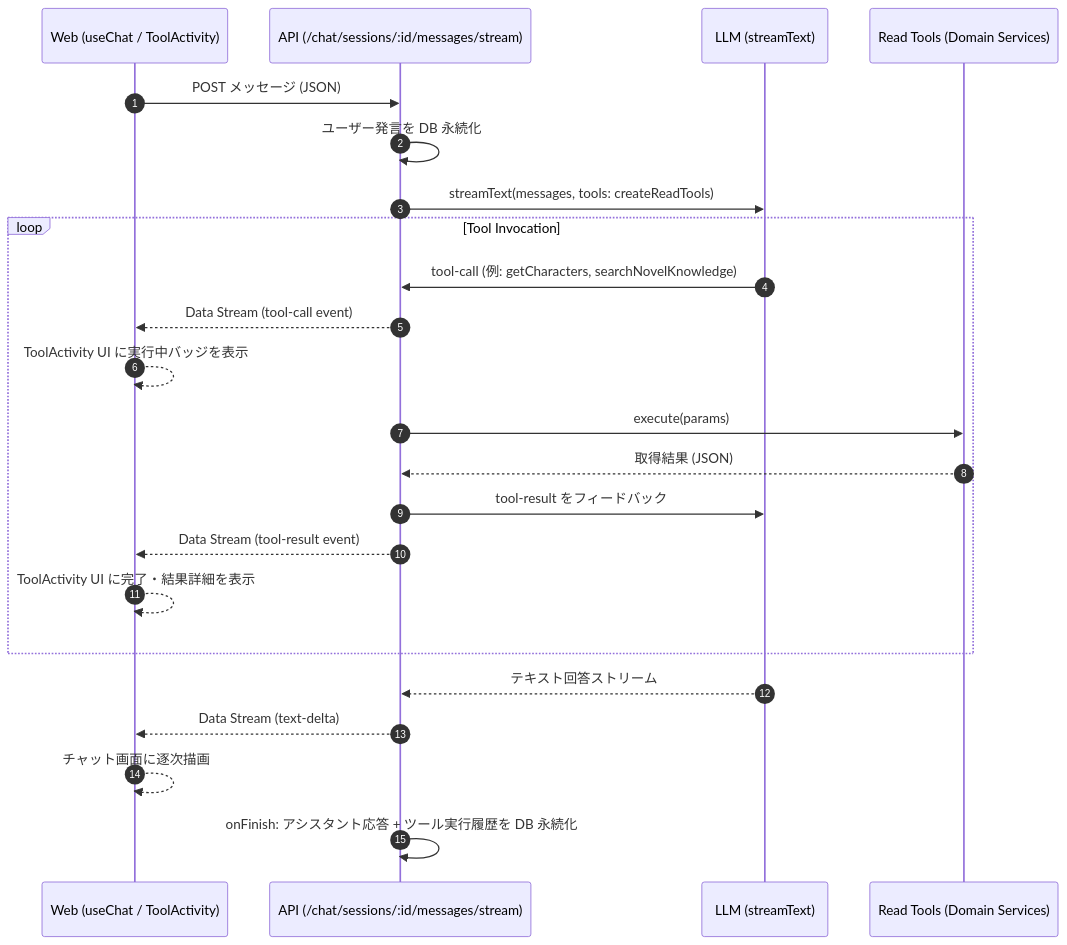
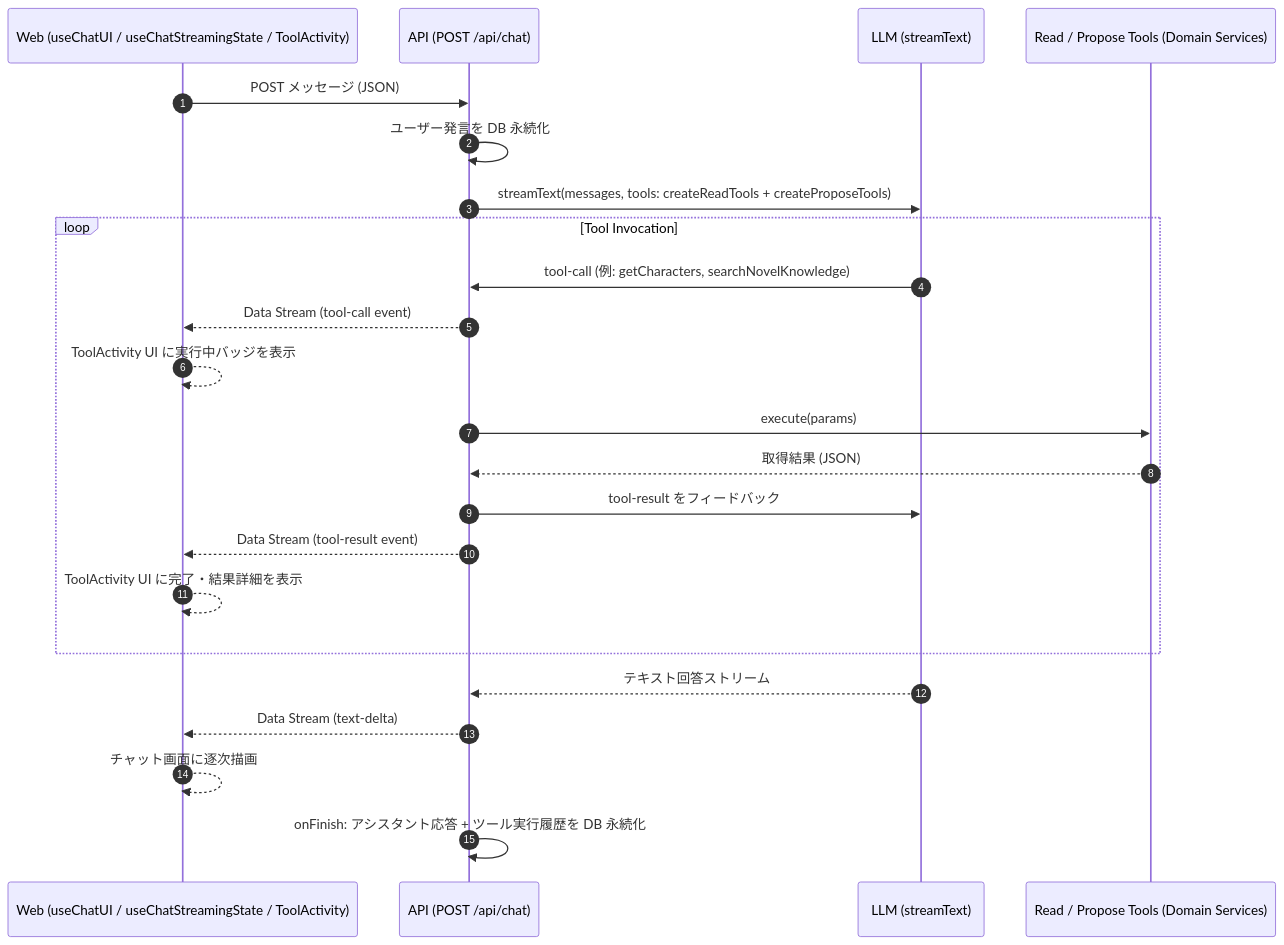
Before and after one commit to SoraKumo001/novel-creator: the second of 2 diagrams in doc/architecture.md, drawn with Mermaid. The commit also changed other lines of this file and 79 other files, not shown here.

````diff
--- a/doc/architecture.md
+++ b/doc/architecture.md
@@ -138,26 +138,26 @@
 ```mermaid
 sequenceDiagram
     autonumber
-    participant Web as Web (useChat / ToolActivity)
-    participant API as API (/chat/sessions/:id/messages/stream)
+    participant Web as Web (useChatUI / useChatStreamingState / ToolActivity)
+    participant API as API (POST /api/chat)
     participant LLM as LLM (streamText)
-    participant Tools as Read Tools (Domain Services)
+    participant Tools as Read / Propose Tools (Domain Services)
 
     Web->>API: POST メッセージ (JSON)
     API->>API: ユーザー発言を DB 永続化
-    API->>LLM: streamText(messages, tools: createReadTools)
+    API->>LLM: streamText(messages, tools: createReadTools + createProposeTools)
     loop Tool Invocation
         LLM->>API: tool-call (例: getCharacters, searchNovelKnowledge)
         API-->>Web: Data Stream (tool-call event)
         Web-->>Web: ToolActivity UI に実行中バッジを表示
         API->>Tools: execute(params)
         Tools-->>API: 取得結果 (JSON)
         API->>LLM: tool-result をフィードバック
         API-->>Web: Data Stream (tool-result event)
         Web-->>Web: ToolActivity UI に完了・結果詳細を表示
     end
     LLM-->>API: テキスト回答ストリーム
     API-->>Web: Data Stream (text-delta)
     Web-->>Web: チャット画面に逐次描画
     API->>API: onFinish: アシスタント応答 + ツール実行履歴を DB 永続化
 ```
````
